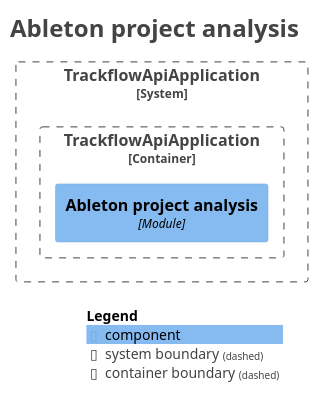
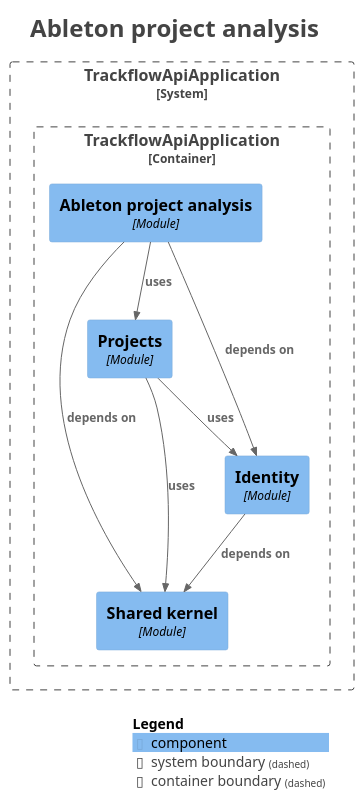
Before and after one commit to HigorPassarela/TrackFlow: the diagram in docs/modules/module-ableton.puml, drawn with PlantUML. The commit also changed 9 other files, not shown here.

```diff
--- a/docs/modules/module-ableton.puml
+++ b/docs/modules/module-ableton.puml
@@ -1,27 +1,37 @@
 @startuml
 title <size:24>Ableton project analysis</size>
 
 set separator none
 top to bottom direction
 
 <style>
   root {
     BackgroundColor: #ffffff
     FontColor: #444444
   }
 </style>
 
 !include <C4/C4>
 !include <C4/C4_Context>
 !include <C4/C4_Component>
 
 System_Boundary("TrackflowApiApplication_boundary", "TrackflowApiApplication", $tags="") {
   Container_Boundary("TrackflowApiApplication.TrackflowApiApplication_boundary", "TrackflowApiApplication", $tags="") {
+    Component(TrackflowApiApplication.TrackflowApiApplication.Sharedkernel, "Shared kernel", $techn="Module", $descr="", $tags="", $link="")
+    Component(TrackflowApiApplication.TrackflowApiApplication.Identity, "Identity", $techn="Module", $descr="", $tags="", $link="")
+    Component(TrackflowApiApplication.TrackflowApiApplication.Projects, "Projects", $techn="Module", $descr="", $tags="", $link="")
     Component(TrackflowApiApplication.TrackflowApiApplication.Abletonprojectanalysis, "Ableton project analysis", $techn="Module", $descr="", $tags="", $link="")
   }
 
 }
 
+Rel(TrackflowApiApplication.TrackflowApiApplication.Projects, TrackflowApiApplication.TrackflowApiApplication.Identity, "uses", $techn="", $tags="", $link="")
+Rel(TrackflowApiApplication.TrackflowApiApplication.Projects, TrackflowApiApplication.TrackflowApiApplication.Sharedkernel, "uses", $techn="", $tags="", $link="")
+Rel(TrackflowApiApplication.TrackflowApiApplication.Abletonprojectanalysis, TrackflowApiApplication.TrackflowApiApplication.Sharedkernel, "depends on", $techn="", $tags="", $link="")
+Rel(TrackflowApiApplication.TrackflowApiApplication.Abletonprojectanalysis, TrackflowApiApplication.TrackflowApiApplication.Identity, "depends on", $techn="", $tags="", $link="")
+Rel(TrackflowApiApplication.TrackflowApiApplication.Abletonprojectanalysis, TrackflowApiApplication.TrackflowApiApplication.Projects, "uses", $techn="", $tags="", $link="")
+Rel(TrackflowApiApplication.TrackflowApiApplication.Identity, TrackflowApiApplication.TrackflowApiApplication.Sharedkernel, "depends on", $techn="", $tags="", $link="")
+
 SHOW_LEGEND(true)
 hide stereotypes
 @enduml
```
